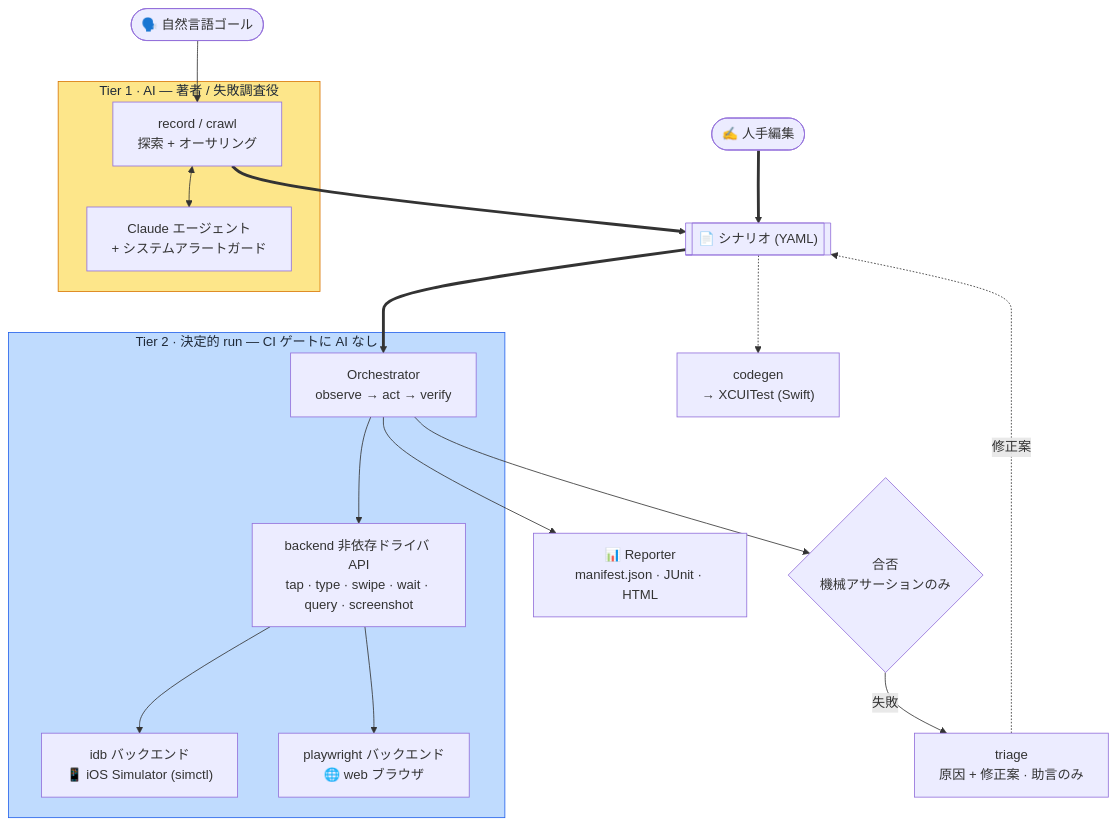
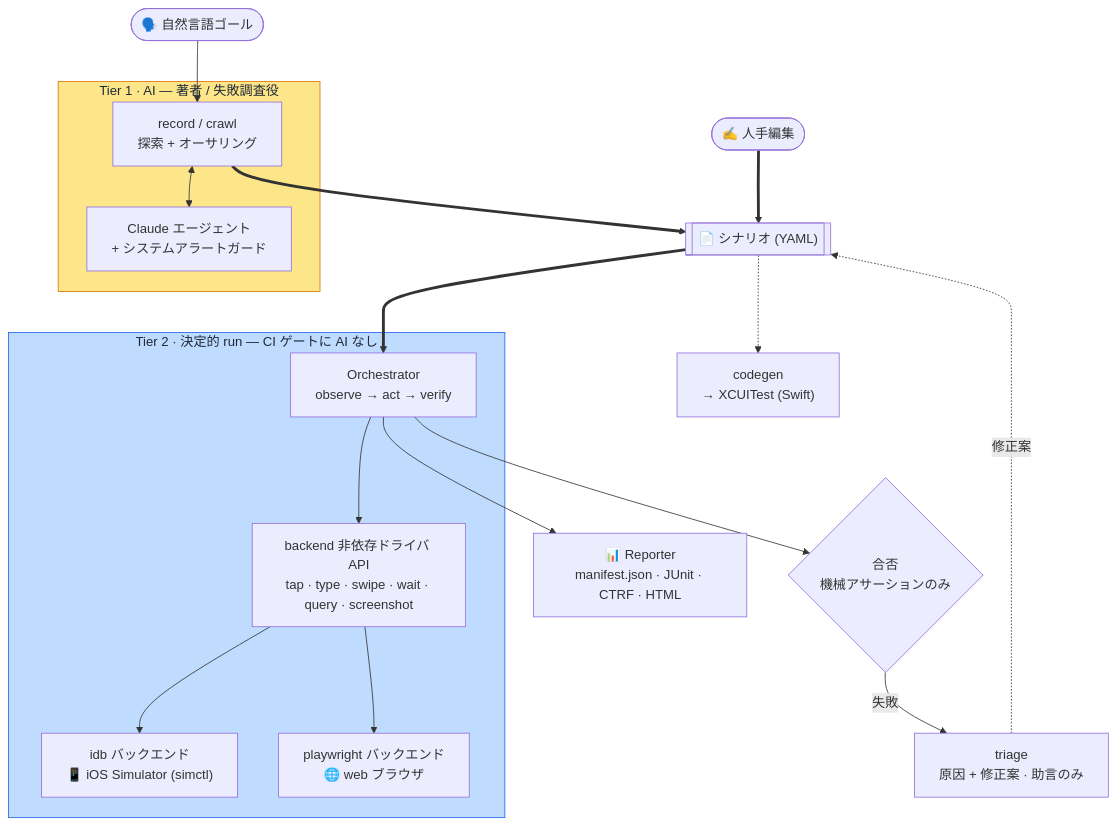
The diagram in docs/ja/architecture.md (bajutsu-e2e/bajutsu), drawn with Mermaid before and after one commit. The commit also changed other lines of this file and 16 other files, not shown here.

````diff
--- a/docs/ja/architecture.md
+++ b/docs/ja/architecture.md
@@ -18,42 +18,42 @@
 ```mermaid
 flowchart TB
     goal(["🗣️ 自然言語ゴール"])
     hand(["✍️ 人手編集"])
     scenario[["📄 シナリオ (YAML)"]]
 
     subgraph tier1["Tier 1 · AI — 著者 / 失敗調査役"]
         record["record / crawl<br/>探索 + オーサリング"]
         agent["Claude エージェント<br/>+ システムアラートガード"]
         record <--> agent
     end
 
     subgraph tier2["Tier 2 · 決定的 run — CI ゲートに AI なし"]
         orch["Orchestrator<br/>observe → act → verify"]
         driver["backend 非依存ドライバ API<br/>tap · type · swipe · wait · query · screenshot"]
         idb["idb バックエンド<br/>📱 iOS Simulator (simctl)"]
         pw["playwright バックエンド<br/>🌐 web ブラウザ"]
         orch --> driver
         driver --> idb
         driver --> pw
     end
 
     verdict{"合否<br/>機械アサーションのみ"}
-    report["📊 Reporter<br/>manifest.json · JUnit · HTML"]
+    report["📊 Reporter<br/>manifest.json · JUnit · CTRF · HTML"]
     codegen["codegen<br/>→ XCUITest (Swift)"]
     triage["triage<br/>原因 + 修正案 · 助言のみ"]
 
     goal --> record
     record ==> scenario
     hand ==> scenario
     scenario ==> orch
     scenario -.-> codegen
     orch --> verdict
     orch --> report
     verdict -->|失敗| triage
     triage -.->|修正案| scenario
 
     classDef ai fill:#fde68a,stroke:#d97706,color:#1f2937;
     classDef det fill:#bfdbfe,stroke:#2563eb,color:#1f2937;
     class tier1 ai
     class tier2 det
 ```
````
